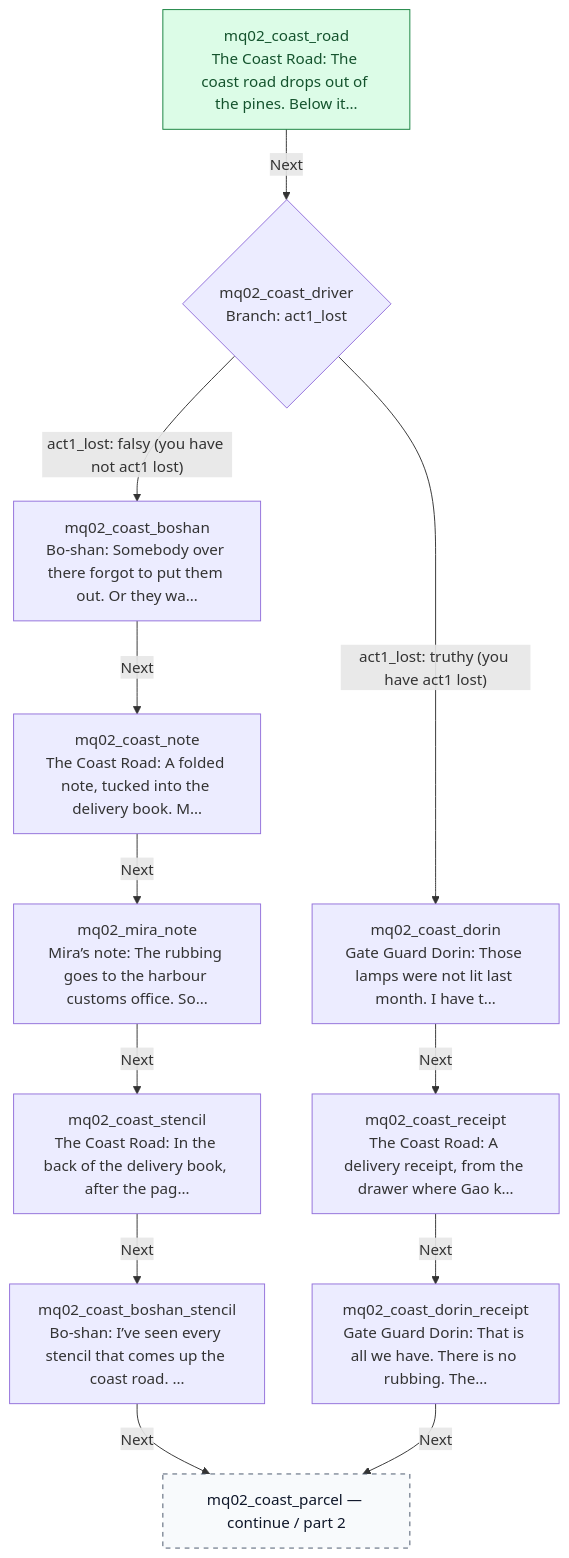
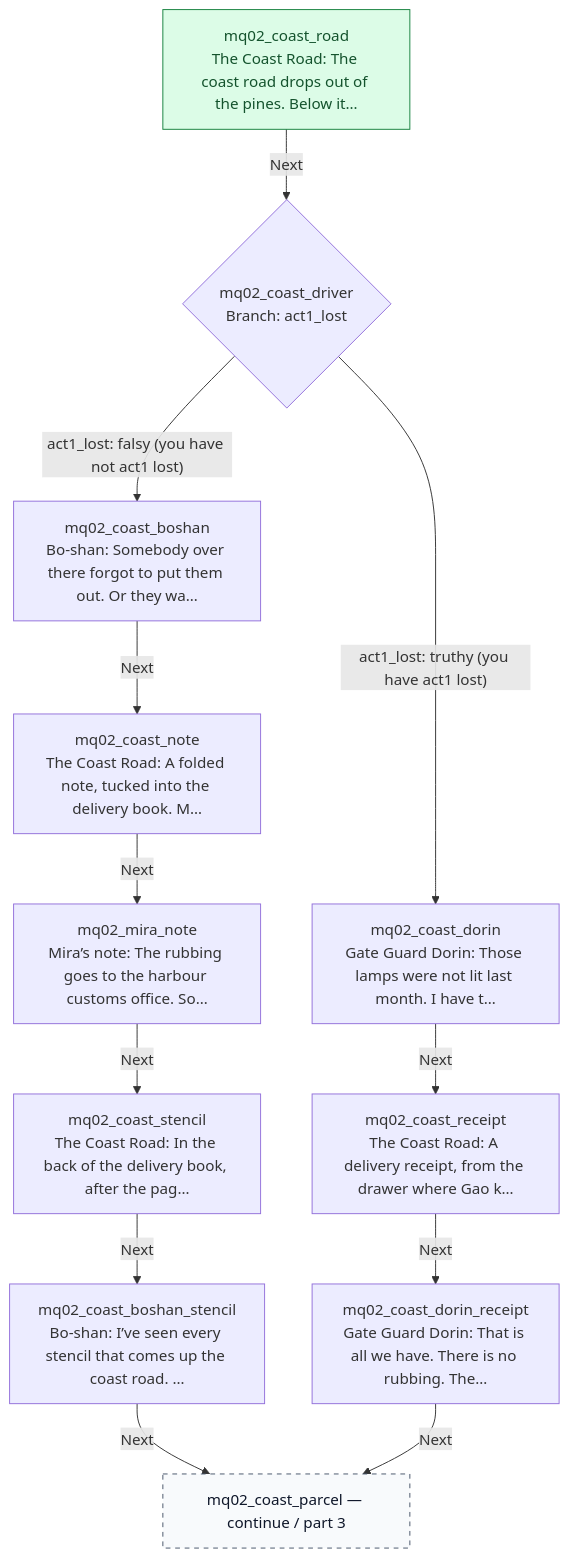
The fourth of 15 diagrams in docs/story/mq02-paper-and-stone.md (jaredbahr/Avatarrpg), drawn with Mermaid before and after one commit. The commit also changed other lines of this file and 15 other files, not shown here.

First line of the commit message:
Regenerate the id ledger and story graphs; close the trial log's placeholders

````diff
--- a/docs/story/mq02-paper-and-stone.md
+++ b/docs/story/mq02-paper-and-stone.md
@@ -68,28 +102,28 @@
 ```mermaid
 flowchart TD
-  n128["mq02_coast_road<br/>The Coast Road: The coast road drops out of the pines. Below it…"]:::entry
-  n124{"mq02_coast_driver<br/>Branch: act1_lost"}
-  n122["mq02_coast_dorin<br/>Gate Guard Dorin: Those lamps were not lit last month. I have t…"]
-  n120["mq02_coast_boshan<br/>Bo-shan: Somebody over there forgot to put them out. Or they wa…"]
-  n127["mq02_coast_receipt<br/>The Coast Road: A delivery receipt, from the drawer where Gao k…"]
-  n125["mq02_coast_note<br/>The Coast Road: A folded note, tucked into the delivery book. M…"]
-  n123["mq02_coast_dorin_receipt<br/>Gate Guard Dorin: That is all we have. There is no rubbing. The…"]
-  n164["mq02_mira_note<br/>Mira’s note: The rubbing goes to the harbour customs office. So…"]
-  n129["mq02_coast_stencil<br/>The Coast Road: In the back of the delivery book, after the pag…"]
-  n121["mq02_coast_boshan_stencil<br/>Bo-shan: I’ve seen every stencil that comes up the coast road. …"]
-  n126["mq02_coast_parcel — continue / part 2"]:::continuation
-  n120 -->|"Next"| n125
-  n121 -->|"Next"| n126
-  n122 -->|"Next"| n127
-  n123 -->|"Next"| n126
-  n124 -->|"act1_lost: truthy (you have act1 lost)"| n122
-  n124 -->|"act1_lost: falsy (you have not act1 lost)"| n120
-  n125 -->|"Next"| n164
-  n127 -->|"Next"| n123
-  n128 -->|"Next"| n124
-  n129 -->|"Next"| n121
-  n164 -->|"Next"| n129
+  n137["mq02_coast_road<br/>The Coast Road: The coast road drops out of the pines. Below it…"]:::entry
+  n132{"mq02_coast_driver<br/>Branch: act1_lost"}
+  n128["mq02_coast_dorin<br/>Gate Guard Dorin: Those lamps were not lit last month. I have t…"]
+  n126["mq02_coast_boshan<br/>Bo-shan: Somebody over there forgot to put them out. Or they wa…"]
+  n135["mq02_coast_receipt<br/>The Coast Road: A delivery receipt, from the drawer where Gao k…"]
+  n133["mq02_coast_note<br/>The Coast Road: A folded note, tucked into the delivery book. M…"]
+  n130["mq02_coast_dorin_receipt<br/>Gate Guard Dorin: That is all we have. There is no rubbing. The…"]
+  n175["mq02_mira_note<br/>Mira’s note: The rubbing goes to the harbour customs office. So…"]
+  n139["mq02_coast_stencil<br/>The Coast Road: In the back of the delivery book, after the pag…"]
+  n127["mq02_coast_boshan_stencil<br/>Bo-shan: I’ve seen every stencil that comes up the coast road. …"]
+  n134["mq02_coast_parcel — continue / part 3"]:::continuation
+  n126 -->|"Next"| n133
+  n127 -->|"Next"| n134
+  n128 -->|"Next"| n135
+  n130 -->|"Next"| n134
+  n132 -->|"act1_lost: truthy (you have act1 lost)"| n128
+  n132 -->|"act1_lost: falsy (you have not act1 lost)"| n126
+  n133 -->|"Next"| n175
+  n135 -->|"Next"| n130
+  n137 -->|"Next"| n132
+  n139 -->|"Next"| n127
+  n175 -->|"Next"| n139
   classDef entry fill:#dcfce7,stroke:#15803d,color:#14532d
   classDef external fill:#f3e8ff,stroke:#7e22ce,color:#581c87
   classDef continuation fill:#f8fafc,stroke:#475569,color:#0f172a,stroke-dasharray:5 5
 ```
````
